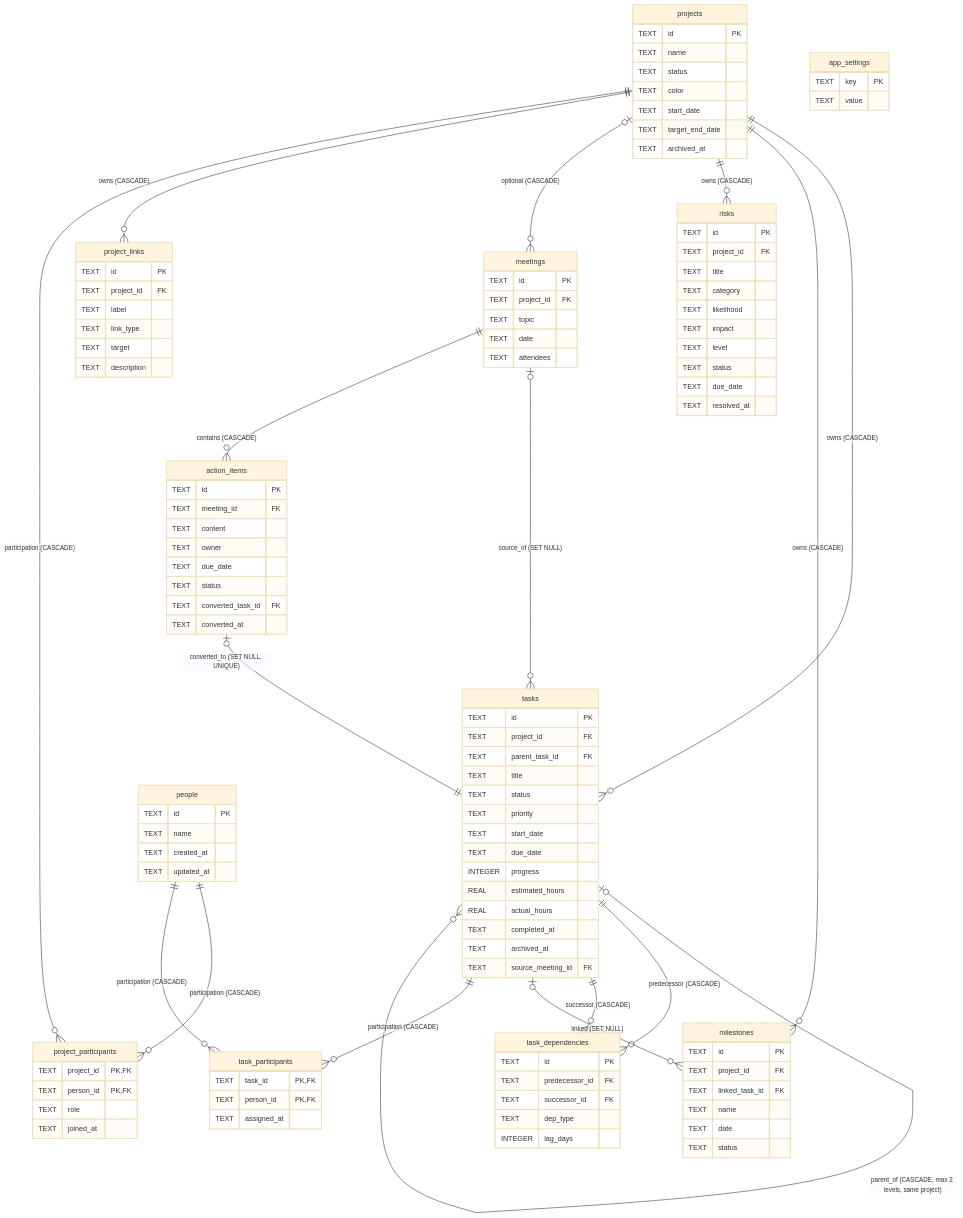
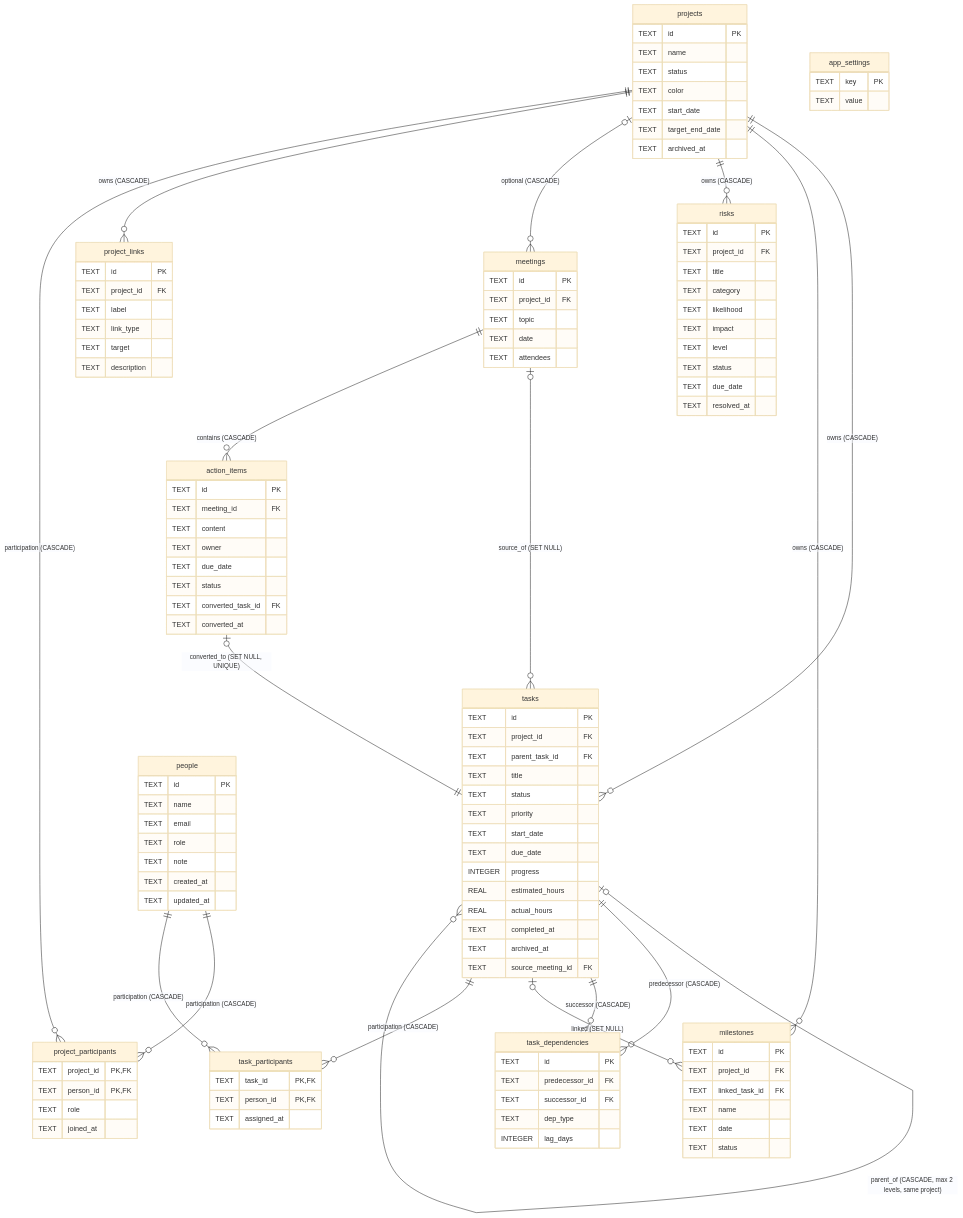
One commit to RuninL/ProjectPilot changed the diagram in docs/database-schema.md. Above: the diagram before and after it, drawn with Mermaid (base theme). The commit also changed other lines of this file and 11 other files, not shown here.

```diff
--- a/docs/database-schema.md
+++ b/docs/database-schema.md
@@ -380,6 +382,9 @@
   people {
     TEXT id PK
     TEXT name
+    TEXT email
+    TEXT role
+    TEXT note
     TEXT created_at
     TEXT updated_at
   }
```
